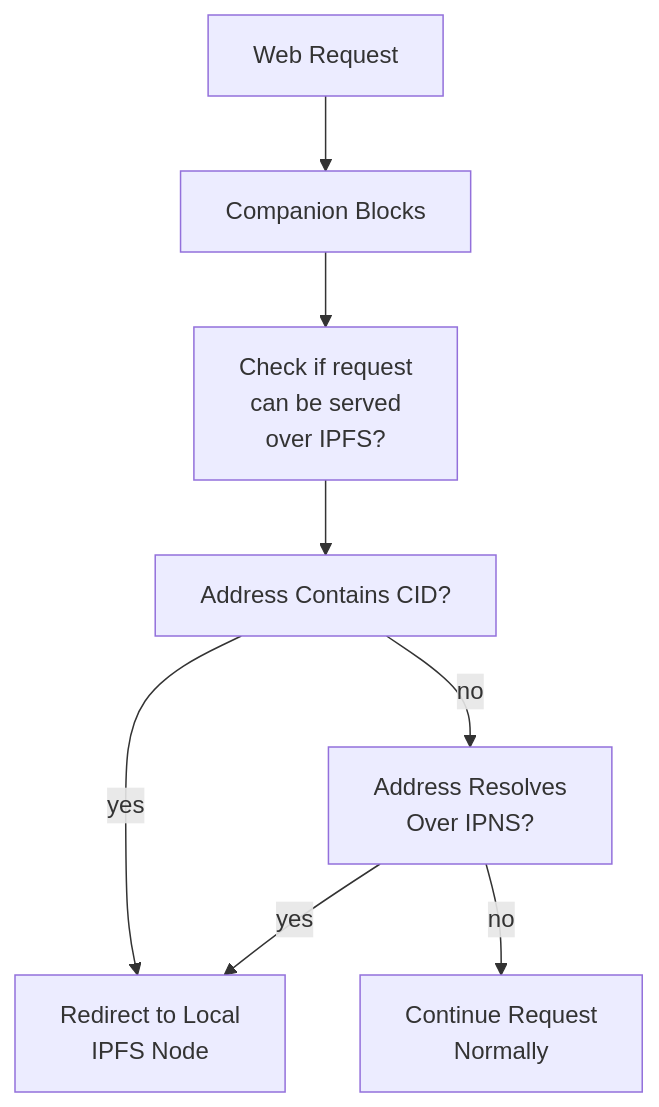
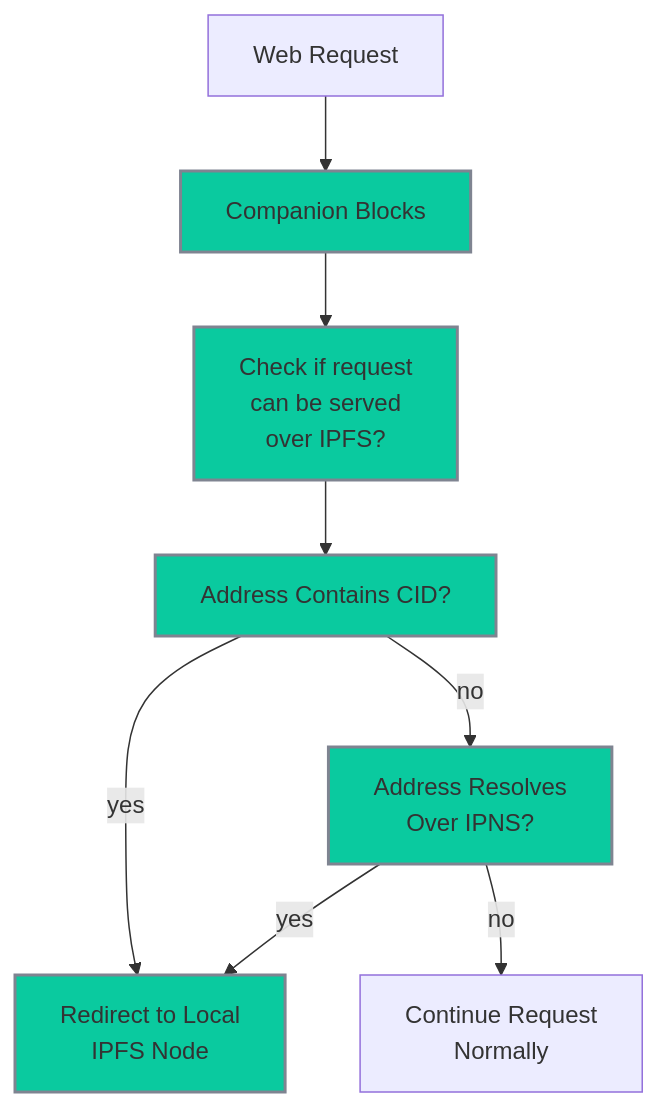
One commit to ipfs/ipfs-companion changed the first of 2 diagrams in docs/MV3.md. Above: the diagram before and after it, drawn with Mermaid.

````diff
--- a/docs/MV3.md
+++ b/docs/MV3.md
@@ -11,10 +11,12 @@
 ```mermaid
 flowchart TD
-    A[Web Request] --> B[Companion Blocks]
-    B --> C[Check if request\ncan be served\nover IPFS?]
-    C --> D[Address Contains CID?]
-    D --> |yes| F
-    D --> |no| E[Address Resolves\nOver IPNS?]
-    E --> |yes| F[Redirect to Local\nIPFS Node]
+    A[Web Request] --> B[Companion Blocks]:::companion
+    B --> C[Check if request\ncan be served\nover IPFS?]:::companion
+    C --> D[Address Contains CID?]:::companion
+    D --> |yes| F:::companion
+    D --> |no| E[Address Resolves\nOver IPNS?]:::companion
+    E --> |yes| F[Redirect to Local\nIPFS Node]:::companion
     E --> |no| G[Continue Request\nNormally]
+    classDef companion fill:#0aca9f,stroke:#7f8491,stroke-width:2px;
+    classDef browser fill:#d9dbe2,stroke:#7f8491,stroke-width:1px;
 ```
````
